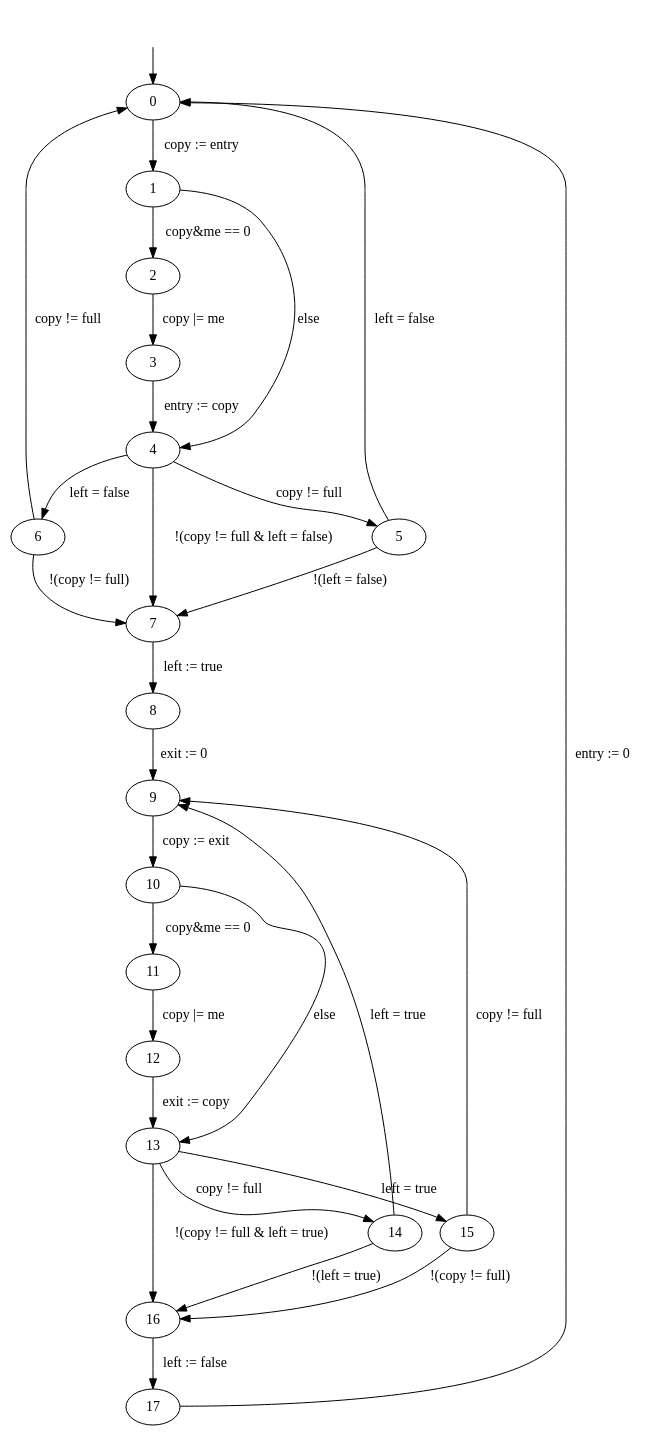
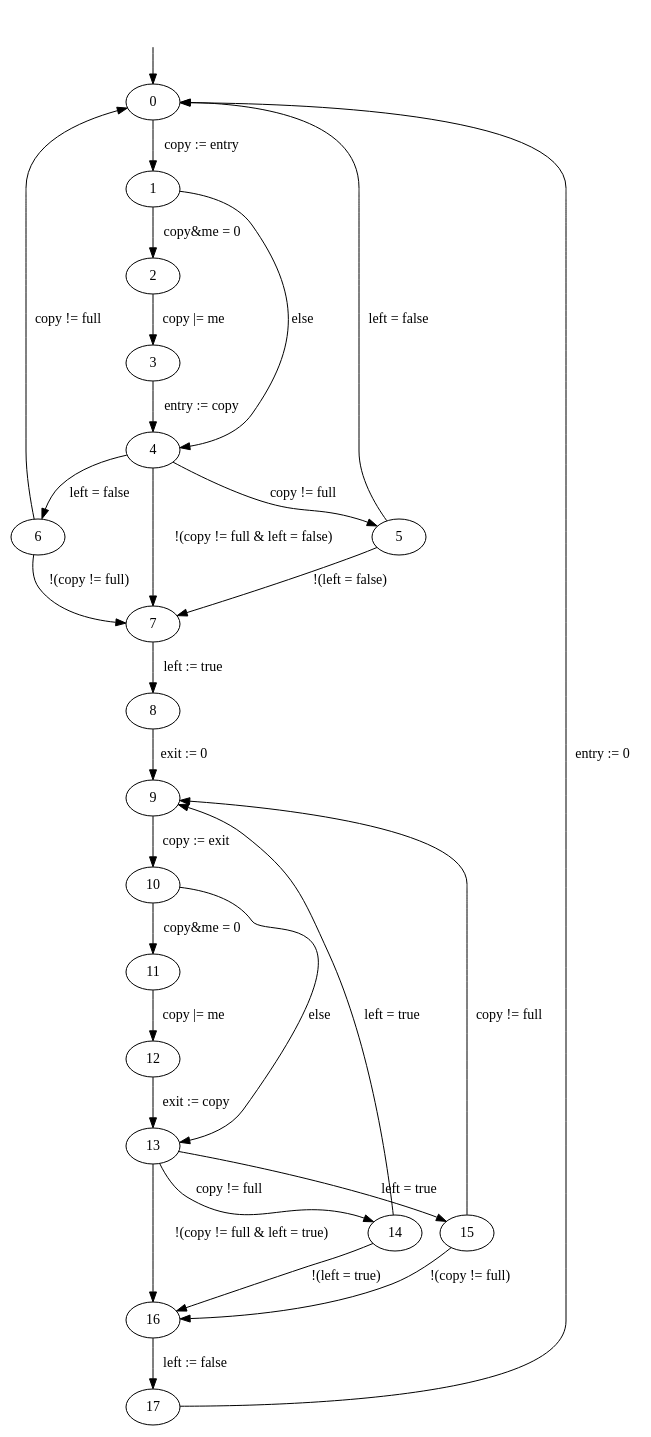
Before and after one commit to hydroo/minor-thesis-barriers: the diagram in report/images/mdp.dot, drawn with Graphviz. The commit also changed 1 other file, not shown here.

```diff
--- a/report/images/mdp.dot
+++ b/report/images/mdp.dot
@@ -1,40 +1,40 @@
 digraph {
 
 	initial_state_source [style=invis]
 	initial_state_source -> "0"
 
 	"0"  -> "1"  [weight=10, label="copy := entry"]
 
-	"1"  -> "2"  [weight=10, label="copy&me == 0"]
+	"1"  -> "2"  [weight=10, label="copy&me = 0"]
 	"2"  -> "3"  [weight=10, label="copy |= me"]
 	"3"  -> "4"  [weight=10, label="entry := copy"]
 	"1"  -> "4"  [label="else"]
 
 	"4"  -> "5"  [label="copy != full"]
 	"4"  -> "6"  [label="left = false"]
 	"4"  -> "7"  [weight=10, label="!(copy != full & left = false)"]
 	"5"  -> "0"  [label="left = false"]
 	"5"  -> "7"  [label="!(left = false)"]
 	"6"  -> "0"  [label="copy != full"]
 	"6"  -> "7"  [label="!(copy != full)"]
 
 	"7"  -> "8"  [weight=10, label="left := true"]
 	"8"  -> "9"  [weight=10, label="exit := 0"]
 
 	"9"  -> "10" [weight=10, label="copy := exit"]
-	"10" -> "11" [weight=10, label="copy&me == 0"]
+	"10" -> "11" [weight=10, label="copy&me = 0"]
 	"11" -> "12" [weight=10, label="copy |= me"]
 	"12" -> "13" [weight=10, label="exit := copy"]
 	"10" -> "13" [label="else"]
 
 	"13" -> "14" [label="copy != full"]
 	"14" -> "9"  [label="left = true"]
 	"14" -> "16" [label="!(left = true)"]
 	"13" -> "16" [weight=10, label="!(copy != full & left = true)"]
 	"13" -> "15" [label="left = true"]
 	"15" -> "9"  [label="copy != full"]
 	"15" -> "16" [label="!(copy != full)"]
 
 	"16" -> "17" [weight=10, label="left := false"]
 	"17" -> "0"  [label="entry := 0"]
 }
```
